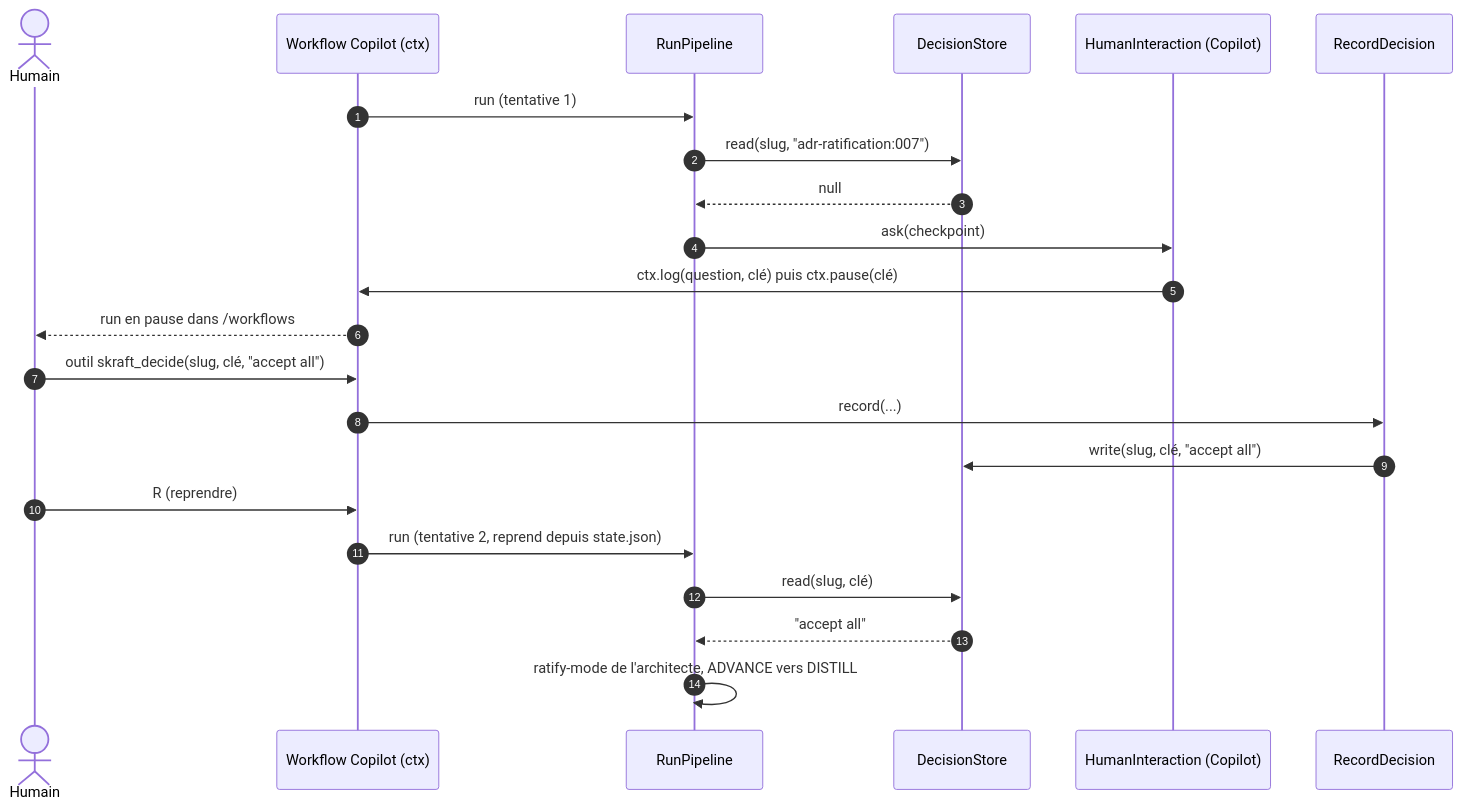
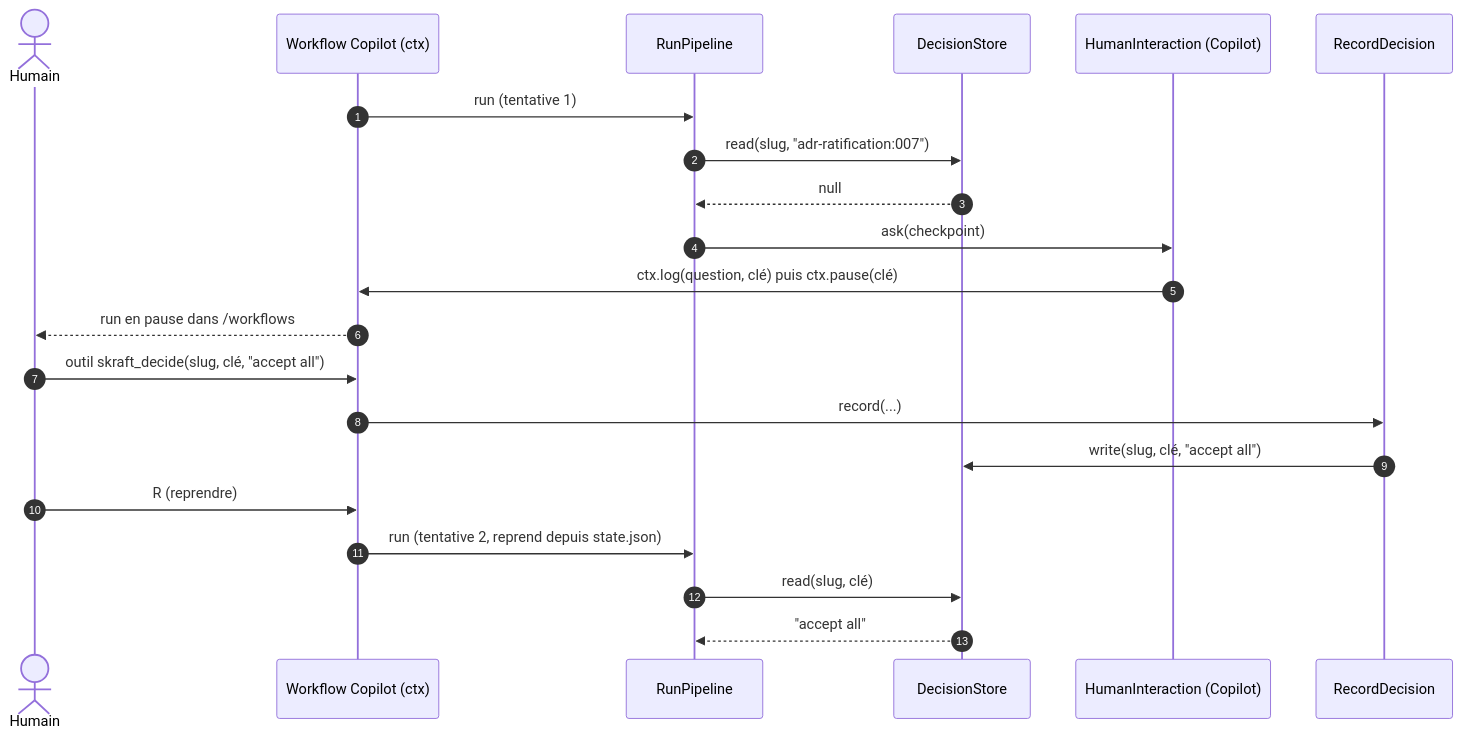
One commit to SebastienDegodez/skraft-plugin changed the fourth of 5 diagrams in docs/run-pipeline.md. Above: the diagram before and after it, drawn with Mermaid. The commit also changed other lines of this file and 10 other files, not shown here.

````diff
--- a/docs/run-pipeline.md
+++ b/docs/run-pipeline.md
@@ -239,25 +301,24 @@
 ```mermaid
 sequenceDiagram
   autonumber
   actor U as Humain
   participant W as Workflow Copilot (ctx)
   participant UC as RunPipeline
   participant DS as DecisionStore
   participant HI as HumanInteraction (Copilot)
   participant RD as RecordDecision
 
   W->>UC: run (tentative 1)
   UC->>DS: read(slug, "adr-ratification:007")
   DS-->>UC: null
   UC->>HI: ask(checkpoint)
   HI->>W: ctx.log(question, clé) puis ctx.pause(clé)
   W-->>U: run en pause dans /workflows
   U->>W: outil skraft_decide(slug, clé, "accept all")
   W->>RD: record(...)
   RD->>DS: write(slug, clé, "accept all")
   U->>W: R (reprendre)
   W->>UC: run (tentative 2, reprend depuis state.json)
   UC->>DS: read(slug, clé)
   DS-->>UC: "accept all"
-  UC->>UC: ratify-mode de l'architecte, ADVANCE vers DISTILL
 ```
````
